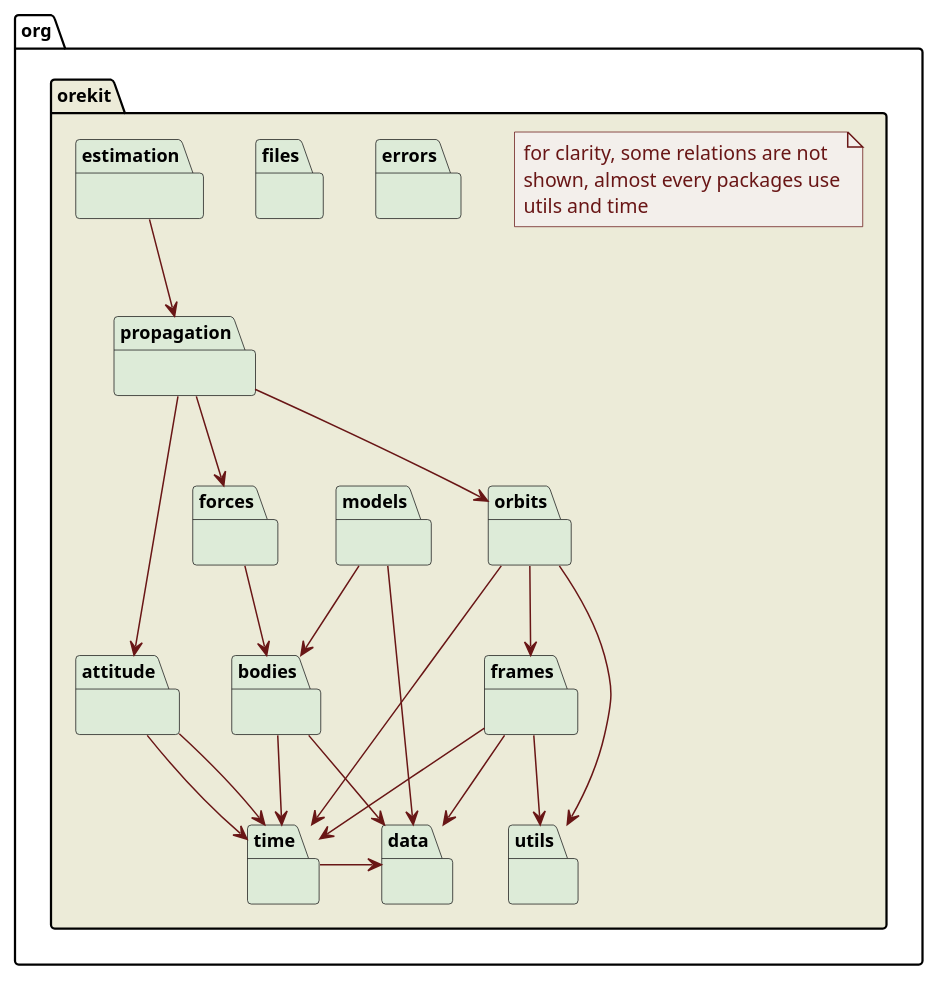
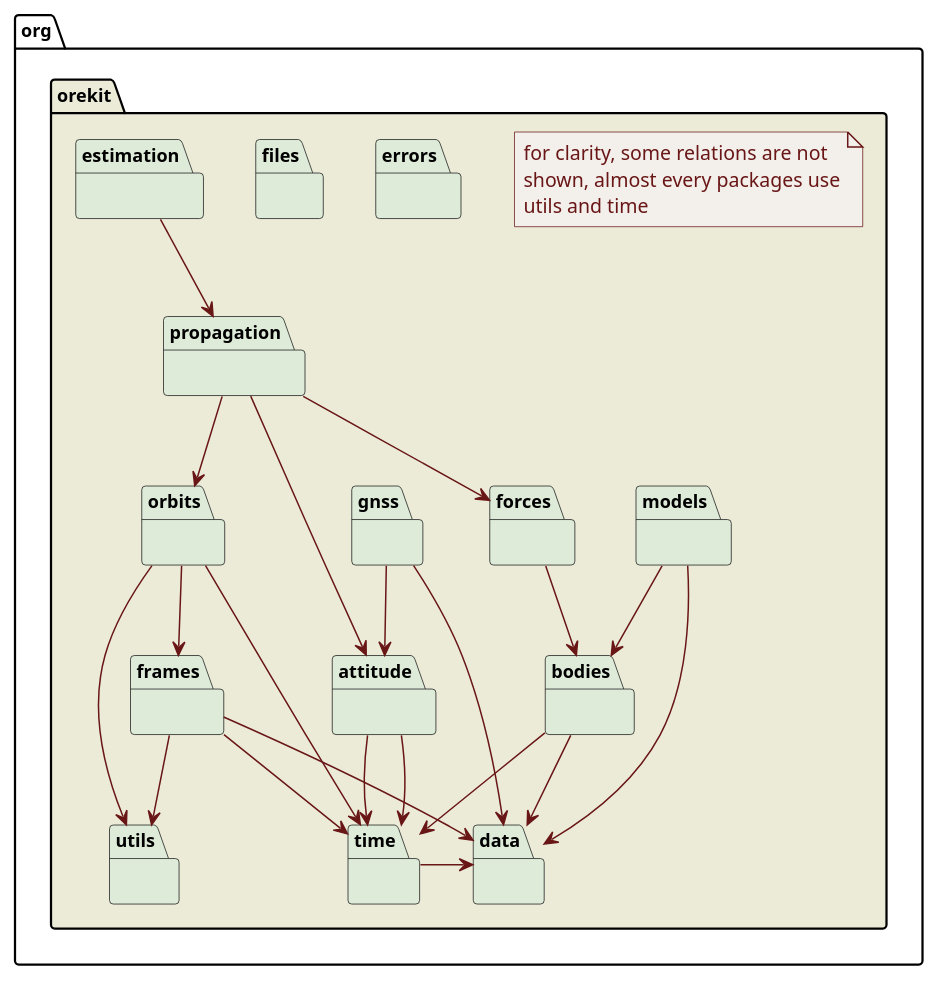
One commit to CS-SI/Orekit changed the diagram in src/design/top-packages.puml. Above: the diagram before and after it, drawn with PlantUML. The commit also changed 2 other files, not shown here.

Commit message:
Added documentation about GNSS top package.

```diff
--- a/src/design/top-packages.puml
+++ b/src/design/top-packages.puml
@@ -17,69 +17,73 @@
 @startuml
 
   skinparam svek                  true
   skinparam ClassBackgroundColor  #F3EFEB/CCC9C5
   skinparam ClassArrowColor       #691616
   skinparam ClassBorderColor      #691616
   skinparam NoteBackgroundColor   #F3EFEB
   skinparam NoteBorderColor       #691616
   skinparam NoteFontColor         #691616
   skinparam ClassFontSize         11
   skinparam PackageFontSize       12
 
   package org.orekit #ECEBD8 {
 
     package attitude #DDEBD8 {
     }
     package bodies #DDEBD8 {
     }
     package data #DDEBD8 {
     }
     package errors #DDEBD8 {
     }
     package files #DDEBD8 {
     }
     package forces #DDEBD8 {
     }
     package frames #DDEBD8 {
     }
+    package gnss #DDEBD8 {
+    }
     package orbits #DDEBD8 {
     }
     package propagation #DDEBD8 {
     }
     package estimation #DDEBD8 {
     }
     package time #DDEBD8 {
     }
     package utils #DDEBD8 {
     }
     package models #DDEBD8 {
     }
 
     estimation  -->      propagation
     propagation -->      attitude
     propagation -->      forces
     forces      -->      bodies
     propagation -->      orbits
     orbits      -->      frames
     attitude    -->      time
     orbits      -->      time
     attitude    -->      time
     frames      -->      time
     bodies      -->      time
     bodies      -->      data
     models      -->      bodies
     models      -->      data
+    gnss        -->      attitude
+    gnss        -->      data
     frames      -->      data
     time        -right-> data
     frames      -->      utils
     orbits      -->      utils
 
     note as N1
       for clarity, some relations are not
       shown, almost every packages use
       utils and time
     end note
 
   }
 
 @enduml
```
